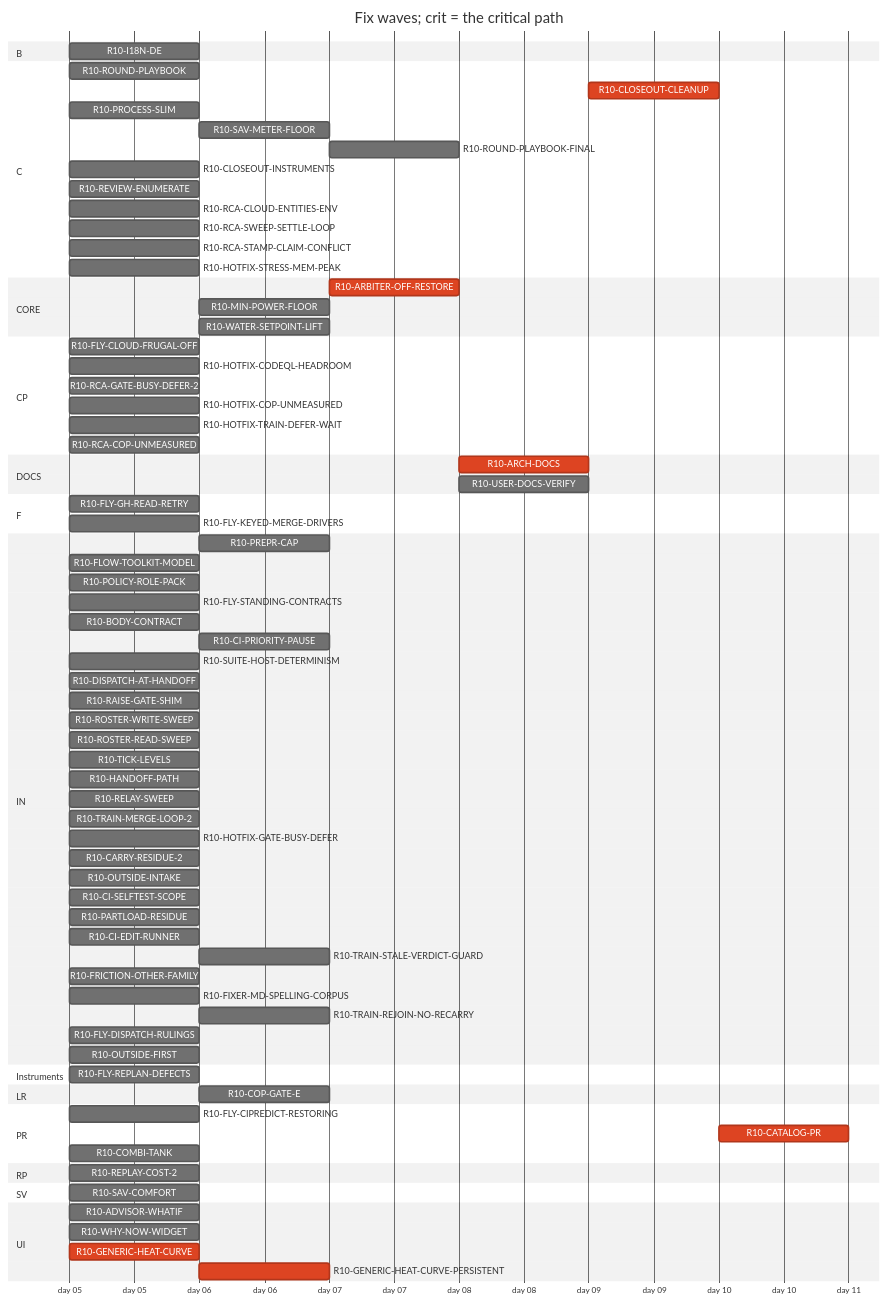
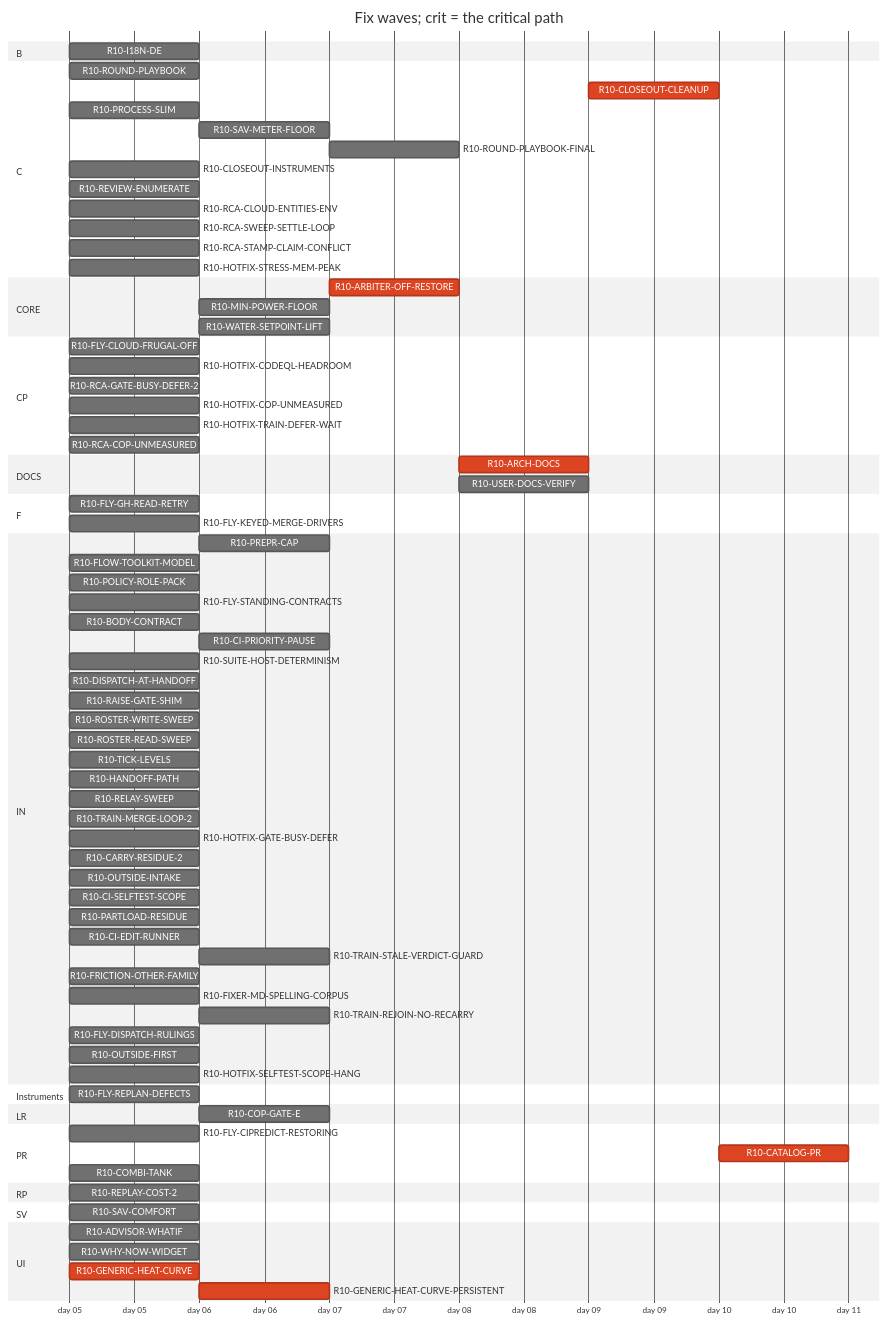
The diagram in handoff/round10/state/PLAN-TABLE.md (tvofi/heatpump_optimizer), drawn with Mermaid (neutral theme) before and after one commit. The commit also changed other lines of this file and 3 other files, not shown here.

Commit message:
state: FLOW-BOARD.md, NEXT-SESSION-PROMPT.md, PLAN-TABLE.md, RESUME-CURRENT.md regenerated (state_docs.py)

```diff
--- a/handoff/round10/state/PLAN-TABLE.md
+++ b/handoff/round10/state/PLAN-TABLE.md
@@ -87,6 +87,7 @@
     R10-TRAIN-REJOIN-NO-RECARRY :r10TRAINREJOINNORECARRY, after r10HOTFIXTRAINDEFERWAIT r10TRAINMERGELOOP2, 1d
     R10-FLY-DISPATCH-RULINGS :r10FLYDISPATCHRULINGS, 2026-01-05, 1d
     R10-OUTSIDE-FIRST :r10OUTSIDEFIRST, 2026-01-05, 1d
+    R10-HOTFIX-SELFTEST-SCOPE-HANG :r10HOTFIXSELFTESTSCOPEHANG, 2026-01-05, 1d
   section Instruments
     R10-FLY-REPLAN-DEFECTS :r10FLYREPLANDEFECTS, 2026-01-05, 1d
   section LR
```
